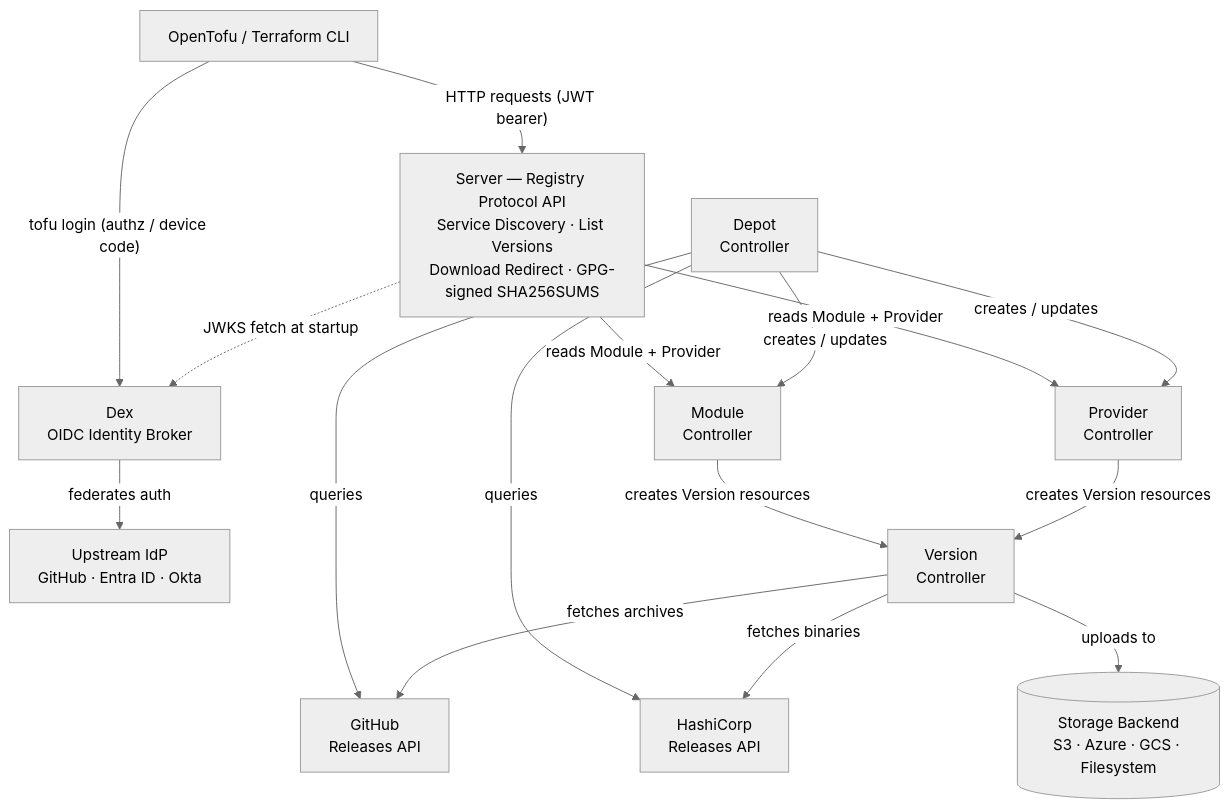
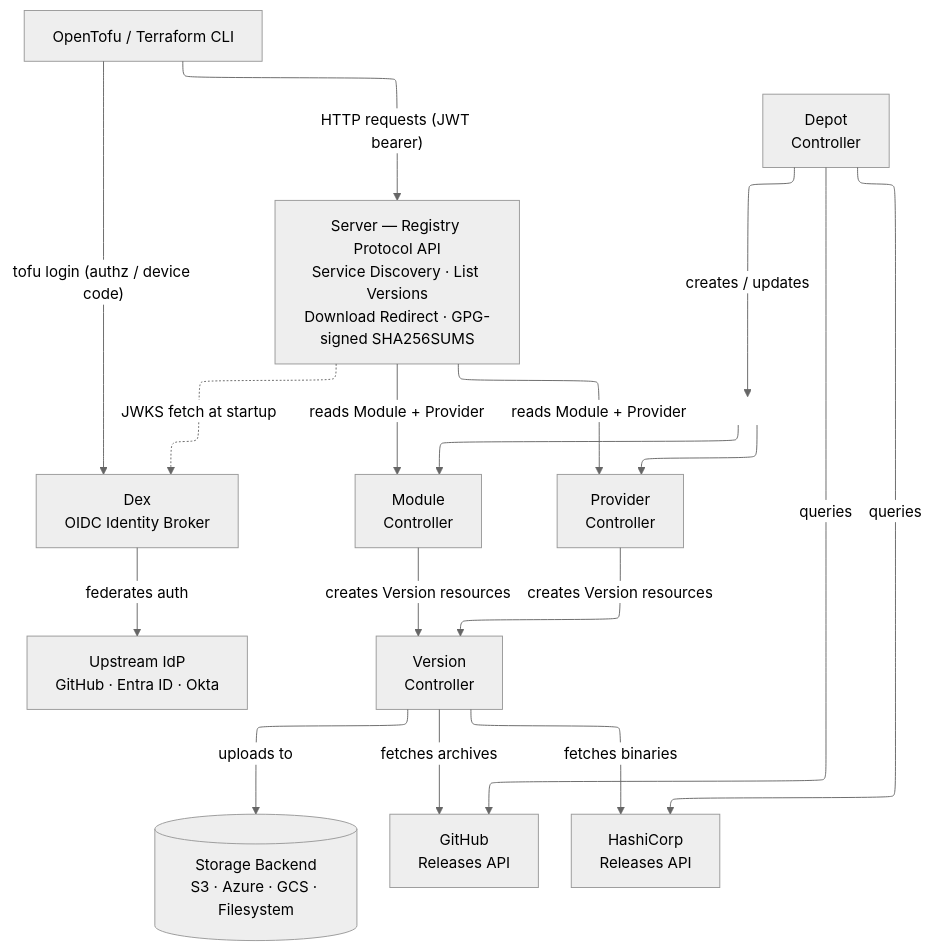
The diagram in docs/index.md (tonedefdev/opendepot), drawn with Mermaid (neutral theme) before and after one commit. The commit also changed other lines of this file and 18 other files, not shown here.

````diff
--- a/docs/index.md
+++ b/docs/index.md
@@ -99,38 +99,43 @@
 ```mermaid
+%%{init: {'flowchart': {'defaultRenderer': 'elk'}} }%%
 graph TD
     CLI["OpenTofu / Terraform CLI"]
 
     Server["Server — Registry Protocol API\nService Discovery · List Versions\nDownload Redirect · GPG-signed SHA256SUMS"]
 
     Dex["Dex\nOIDC Identity Broker"]
     IdP["Upstream IdP\nGitHub · Entra ID · Okta"]
 
     Depot["Depot\nController"]
+    SyncBus[" "]:::hidden
     Module["Module\nController"]
+    Provider["Provider\nController"]
     Version["Version\nController"]
-    Provider["Provider\nController"]
 
     Storage[("Storage Backend\nS3 · Azure · GCS · Filesystem")]
 
     GitHub["GitHub\nReleases API"]
     HashiCorp["HashiCorp\nReleases API"]
 
     CLI -->|"tofu login (authz / device code)"| Dex
     Dex -->|"federates auth"| IdP
     Server -.->|"JWKS fetch at startup"| Dex
 
     CLI -->|"HTTP requests (JWT bearer)"| Server
     Server -->|"reads Module + Provider"| Module & Provider
 
     Depot -->|queries| GitHub
     Depot -->|queries| HashiCorp
-    Depot -->|creates / updates| Module
-    Depot -->|creates / updates| Provider
+    Depot -->|creates / updates| SyncBus
+    SyncBus --> Module
+    SyncBus --> Provider
 
     Module -->|creates Version resources| Version
     Provider -->|creates Version resources| Version
 
     Version -->|fetches archives| GitHub
     Version -->|fetches binaries| HashiCorp
     Version -->|uploads to| Storage
+
+    classDef hidden fill:none,stroke:none,color:transparent;
 ```
````
